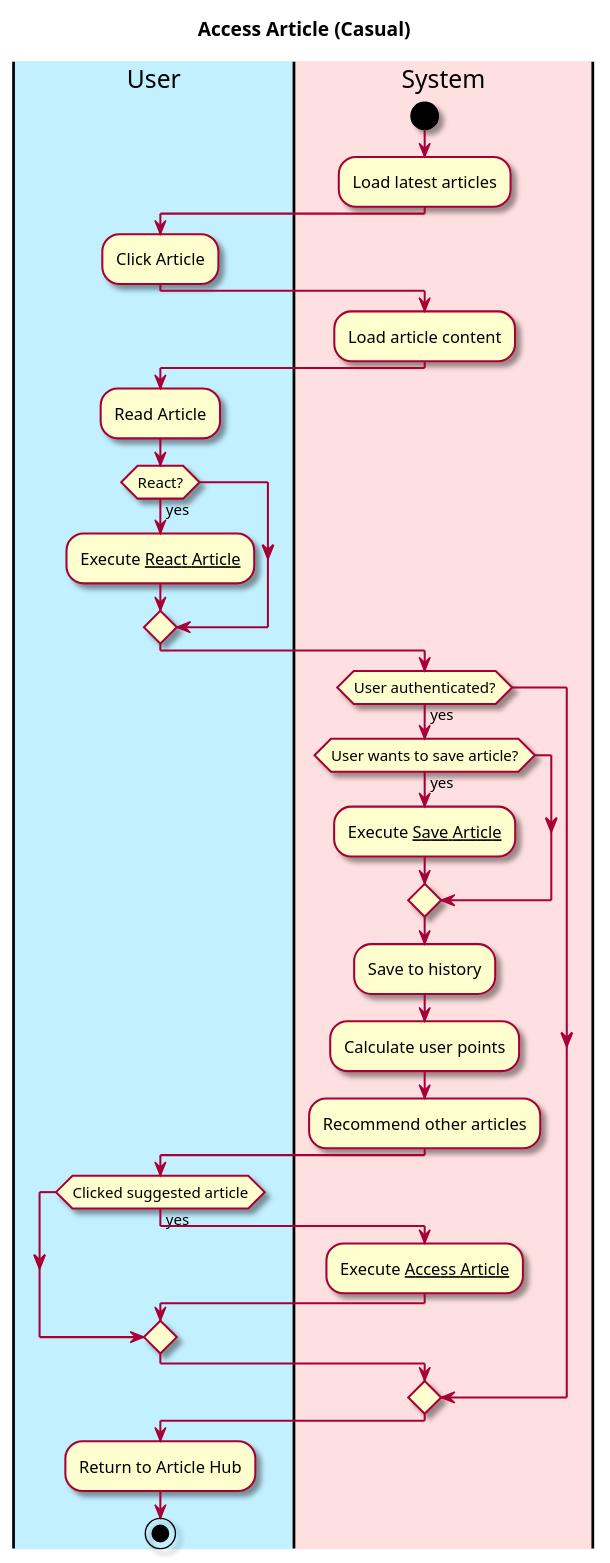
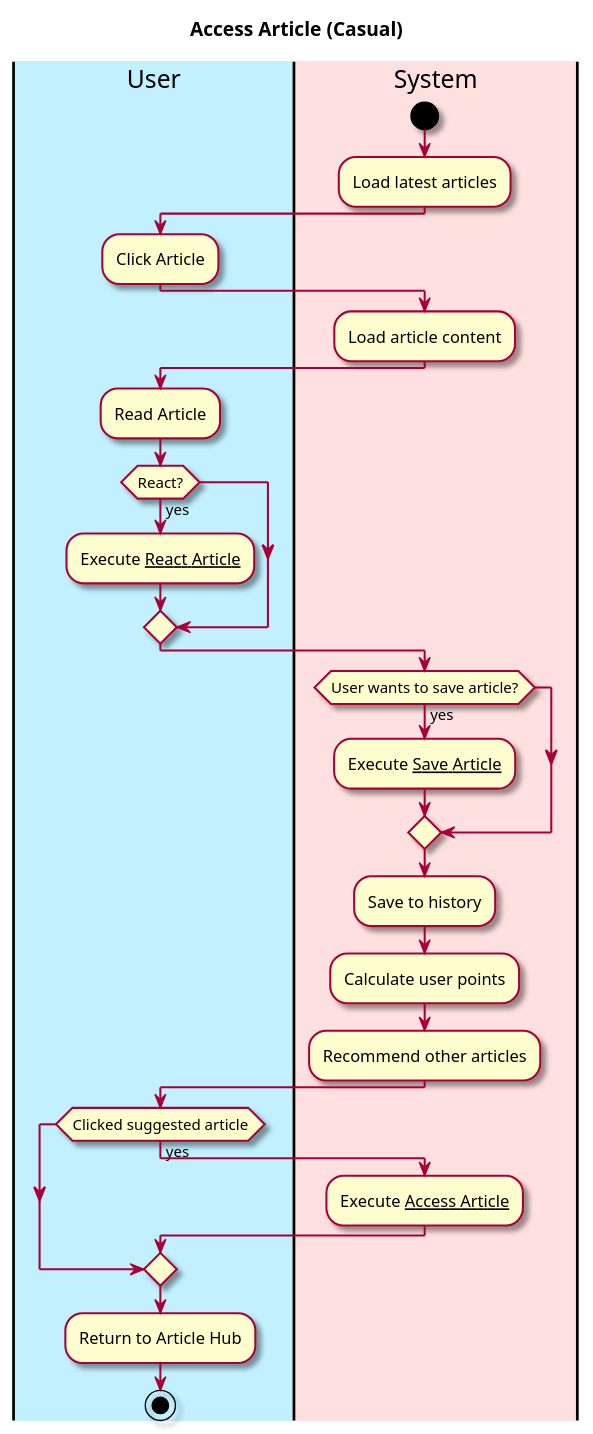
Before and after one commit to owhitleym-ui/EcoScoop: the first of 3 diagrams in intellij/doc/use-cases/access-article.md, drawn with PlantUML. The commit also changed 4 other files, not shown here.

````diff
--- a/intellij/doc/use-cases/access-article.md
+++ b/intellij/doc/use-cases/access-article.md
@@ -24,48 +24,46 @@
 ```plantuml
 @startuml
 
 skin rose
 
 title Access Article (Casual)
 
 'define the lanes
 |#application|User|
 |#implementation|System|
 
 start
 |System|
 :Load latest articles;
 
 |User|
 :Click Article;
 
 |System|
 :Load article content;
 
 |User|
 :Read Article;
 if (React?) then (yes)
     :Execute __React Article__;
 endif
 
 |System|
-if (User authenticated?) then (yes)
 if (User wants to save article?) then (yes)
   :Execute __Save Article__;
 endif
   :Save to history;
   :Calculate user points;
   :Recommend other articles;
   |User|
   if(Clicked suggested article) then (yes)
   |System|
   :Execute __Access Article__;
   endif
-endif
 
 |User|
 :Return to Article Hub;
 
 stop
 @enduml
 ```
````
